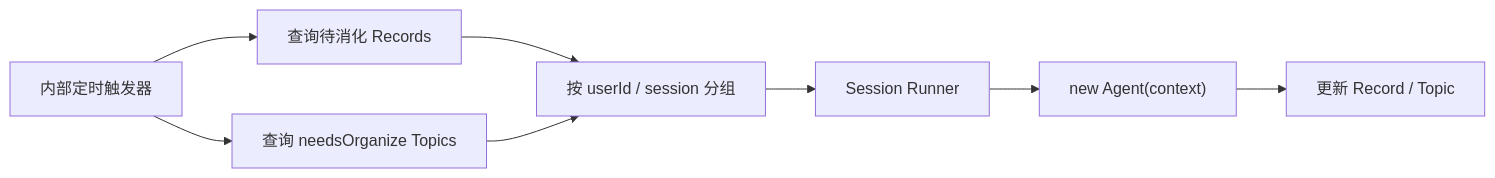
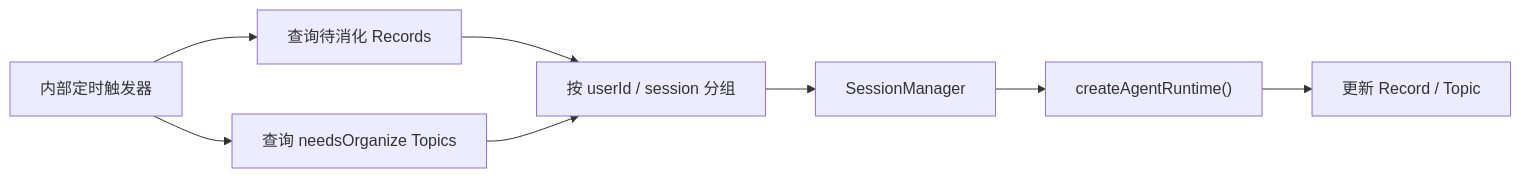
The second of 9 diagrams in docs/backend-architecture.md (huiru-wang/eiko), drawn with Mermaid before and after one commit. The commit also changed other lines of this file and 71 other files, not shown here.

````diff
--- a/docs/backend-architecture.md
+++ b/docs/backend-architecture.md
@@ -197,10 +115,10 @@
 ```mermaid
 flowchart LR
     TIMER["内部定时触发器"] --> RECORDS["查询待消化 Records"]
     TIMER --> TOPICS["查询 needsOrganize Topics"]
     RECORDS --> GROUP["按 userId / session 分组"]
     TOPICS --> GROUP
-    GROUP --> RUNNER["Session Runner"]
-    RUNNER --> AGENT["new Agent(context)"]
+    GROUP --> RUNNER["SessionManager"]
+    RUNNER --> AGENT["createAgentRuntime()"]
     AGENT --> WRITE["更新 Record / Topic"]
 ```
````
